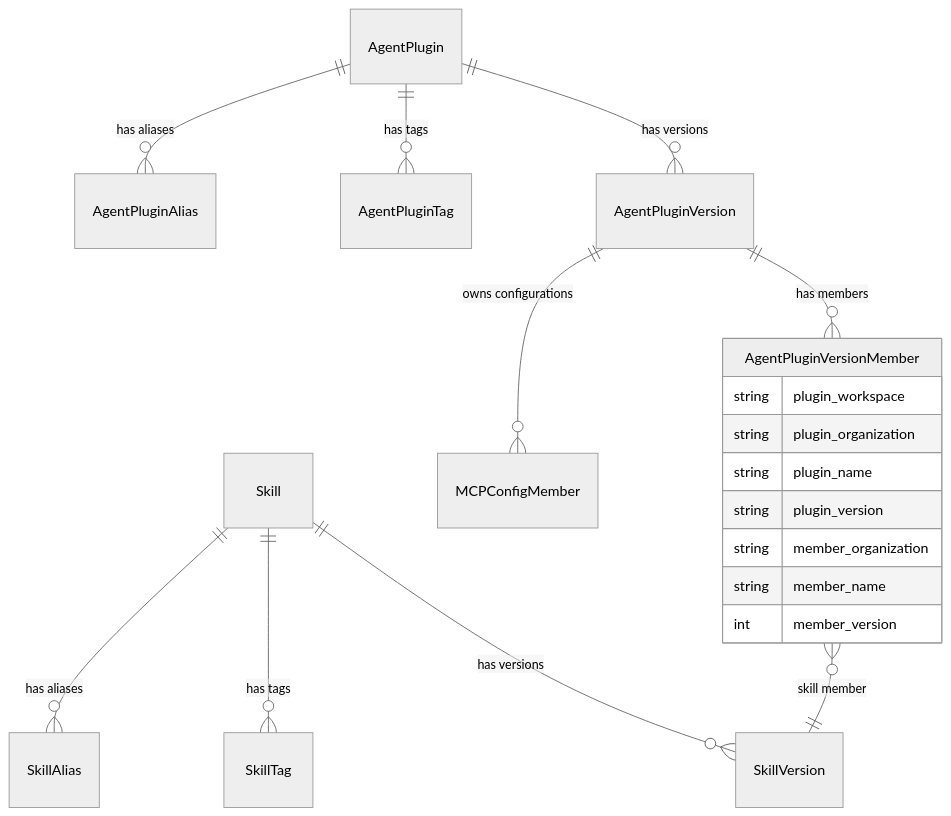
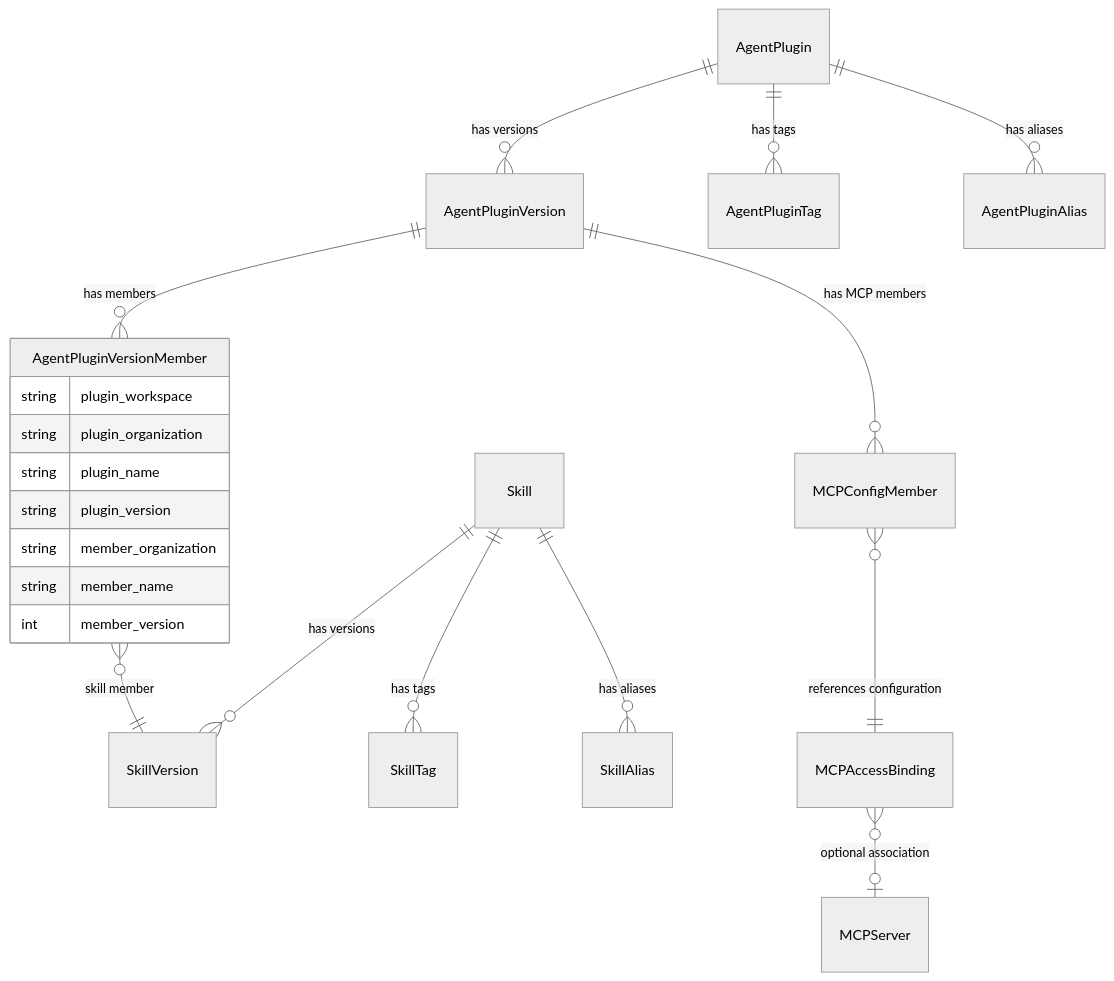
Before and after one commit to mlflow/rfcs: the first of 2 diagrams in rfcs/0008-mvp-skill-registry/0008-mvp-skill-registry.md, drawn with Mermaid (neutral theme). The commit also changed other lines of this file and 1 other file, not shown here.

````diff
--- a/rfcs/0008-mvp-skill-registry/0008-mvp-skill-registry.md
+++ b/rfcs/0008-mvp-skill-registry/0008-mvp-skill-registry.md
@@ -543,22 +544,24 @@
 ```mermaid
 erDiagram
 Skill ||--o{ SkillVersion : "has versions"
 Skill ||--o{ SkillTag : "has tags"
 Skill ||--o{ SkillAlias : "has aliases"
 AgentPlugin ||--o{ AgentPluginVersion : "has versions"
 AgentPlugin ||--o{ AgentPluginTag : "has tags"
 AgentPlugin ||--o{ AgentPluginAlias : "has aliases"
 AgentPluginVersion ||--o{ AgentPluginVersionMember : "has members"
 AgentPluginVersionMember }o--|| SkillVersion : "skill member"
-AgentPluginVersion ||--o{ MCPConfigMember : "owns configurations"
+AgentPluginVersion ||--o{ MCPConfigMember : "has MCP members"
+MCPConfigMember }o--|| MCPAccessBinding : "references configuration"
+MCPAccessBinding }o--o| MCPServer : "optional association"
 
 AgentPluginVersionMember {
   string plugin_workspace
   string plugin_organization
   string plugin_name
   string plugin_version
   string member_organization
   string member_name
   int member_version
 }
 ```
````
